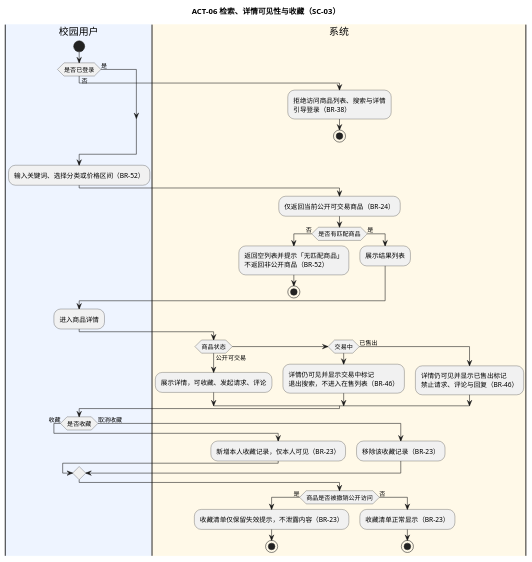
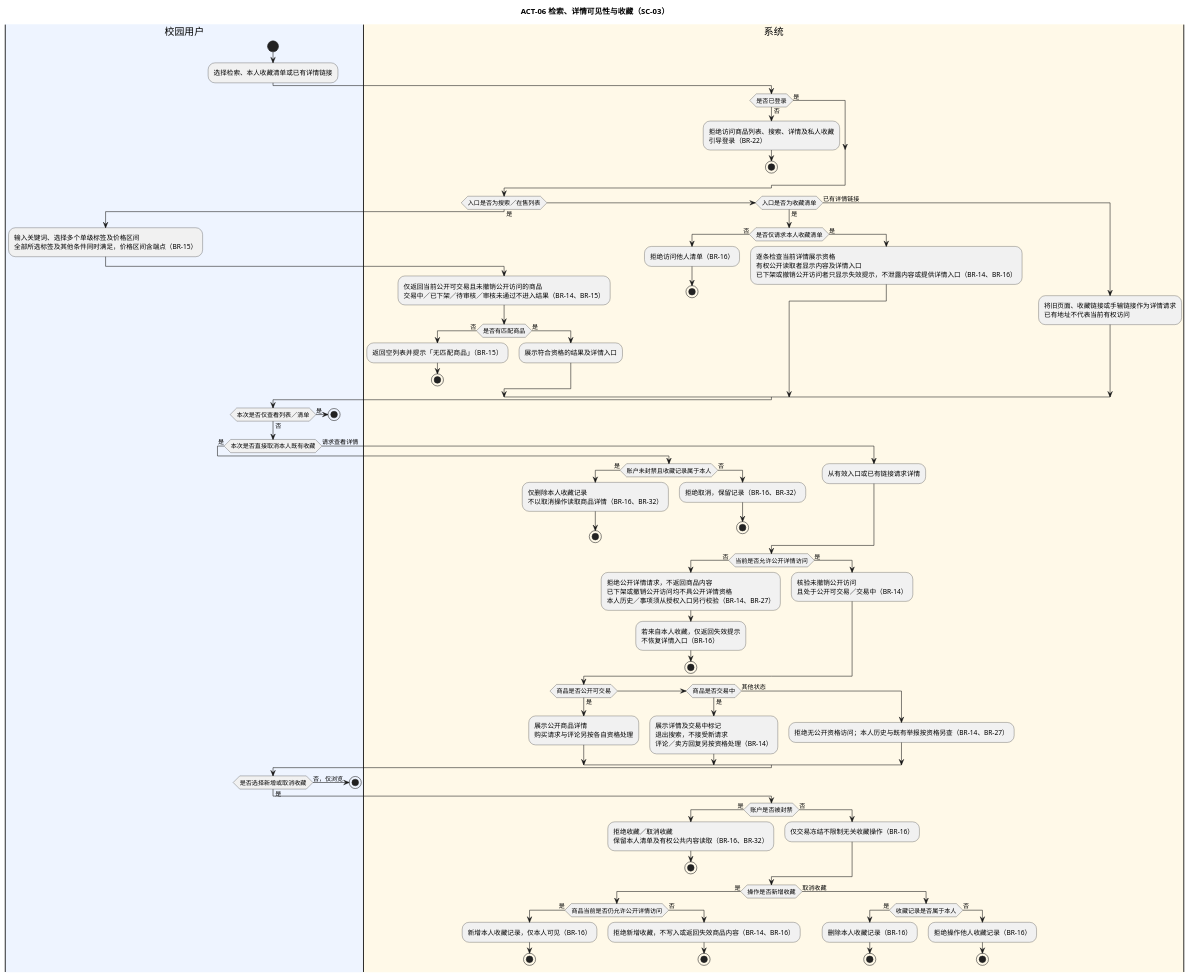
Before and after one commit to iy88/se-course-project-1: the diagram in docs/appendices/models/ACT-06-检索详情与收藏.puml, drawn with PlantUML. The commit also changed other lines of this file and 49 other files, not shown here.

First line of the commit message:
docs(models): 对齐业务活动图

```diff
--- a/docs/appendices/models/ACT-06-检索详情与收藏.puml
+++ b/docs/appendices/models/ACT-06-检索详情与收藏.puml
@@ -12,56 +12,106 @@
 @startuml ACT-06
+
+skinparam defaultFontName "PingFang SC"
 
 title ACT-06 检索、详情可见性与收藏（SC-03）
 
 |#EEF4FF|校园用户|
 start
+:选择检索、本人收藏清单或已有详情链接;
+
+|#FFF9E8|系统|
 if (是否已登录) then (否)
-  |#FFF9E8|系统|
-  :拒绝访问商品列表、搜索与详情\n引导登录（BR-38）;
+  :拒绝访问商品列表、搜索、详情及私人收藏\n引导登录（BR-22）;
   stop
 else (是)
 endif
 
-|#EEF4FF|校园用户|
-:输入关键词、选择分类或价格区间（BR-52）;
-
-|#FFF9E8|系统|
-:仅返回当前公开可交易商品（BR-24）;
-if (是否有匹配商品) then (否)
-  :返回空列表并提示「无匹配商品」\n不返回非公开商品（BR-52）;
-  stop
-else (是)
-  :展示结果列表;
+if (入口是否为搜索／在售列表) then (是)
+  |#EEF4FF|校园用户|
+  :输入关键词、选择多个单级标签及价格区间\n全部所选标签及其他条件同时满足，价格区间含端点（BR-15）;
+  |#FFF9E8|系统|
+  :仅返回当前公开可交易且未撤销公开访问的商品\n交易中／已下架／待审核／审核未通过不进入结果（BR-14、BR-15）;
+  if (是否有匹配商品) then (否)
+    :返回空列表并提示「无匹配商品」（BR-15）;
+    stop
+  else (是)
+    :展示符合资格的结果及详情入口;
+  endif
+elseif (入口是否为收藏清单) then (是)
+  if (是否仅请求本人收藏清单) then (否)
+    :拒绝访问他人清单（BR-16）;
+    stop
+  else (是)
+    :逐条检查当前详情展示资格\n有权公开读取者显示内容及详情入口\n已下架或撤销公开访问者只显示失效提示，不泄露内容或提供详情入口（BR-14、BR-16）;
+  endif
+else (已有详情链接)
+  :将旧页面、收藏链接或手输链接作为详情请求\n已有地址不代表当前有权访问;
 endif
 
 |#EEF4FF|校园用户|
-:进入商品详情;
+if (本次是否仅查看列表／清单) then (是)
+  stop
+else (否)
+endif
+
+if (本次是否直接取消本人既有收藏) then (是)
+  |#FFF9E8|系统|
+  if (账户未封禁且收藏记录属于本人) then (是)
+    :仅删除本人收藏记录\n不以取消操作读取商品详情（BR-16、BR-32）;
+    stop
+  else (否)
+    :拒绝取消，保留记录（BR-16、BR-32）;
+    stop
+  endif
+else (请求查看详情)
+  :从有效入口或已有链接请求详情;
+endif
 
 |#FFF9E8|系统|
-if (商品状态) then (公开可交易)
-  :展示详情，可收藏、发起请求、评论;
-elseif (交易中)
-  :详情仍可见并显示交易中标记\n退出搜索，不进入在售列表（BR-46）;
-else (已售出)
-  :详情仍可见并显示已售出标记\n禁止请求、评论与回复（BR-46）;
+if (当前是否允许公开详情访问) then (否)
+  :拒绝公开详情请求，不返回商品内容\n已下架或撤销公开访问均不具公开详情资格\n本人历史／事项须从授权入口另行校验（BR-14、BR-27）;
+  :若来自本人收藏，仅返回失效提示\n不恢复详情入口（BR-16）;
+  stop
+else (是)
+  :核验未撤销公开访问\n且处于公开可交易／交易中（BR-14）;
+endif
+
+if (商品是否公开可交易) then (是)
+  :展示公开商品详情\n购买请求与评论另按各自资格处理;
+elseif (商品是否交易中) then (是)
+  :展示详情及交易中标记\n退出搜索，不接受新请求\n评论／卖方回复另按资格处理（BR-14）;
+else (其他状态)
+  :拒绝无公开资格访问；本人历史与既有举报按资格另查（BR-14、BR-27）;
 endif
 
 |#EEF4FF|校园用户|
-if (是否收藏) then (收藏)
+if (是否选择新增或取消收藏) then (否，仅浏览)
+  stop
+else (是)
   |#FFF9E8|系统|
-  :新增本人收藏记录，仅本人可见（BR-23）;
-else (取消收藏)
-  |#FFF9E8|系统|
-  :移除该收藏记录（BR-23）;
-endif
-
-|#FFF9E8|系统|
-if (商品是否被撤销公开访问) then (是)
-  :收藏清单仅保留失效提示，不泄露内容（BR-23）;
-  stop
-else (否)
-  :收藏清单正常显示（BR-23）;
-  stop
+  if (账户是否被封禁) then (是)
+    :拒绝收藏／取消收藏\n保留本人清单及有权公共内容读取（BR-16、BR-32）;
+    stop
+  else (否)
+    :仅交易冻结不限制无关收藏操作（BR-16）;
+  endif
+  if (操作是否新增收藏) then (是)
+    if (商品当前是否仍允许公开详情访问) then (是)
+      :新增本人收藏记录，仅本人可见（BR-16）;
+      stop
+    else (否)
+      :拒绝新增收藏，不写入或返回失效商品内容（BR-14、BR-16）;
+      stop
+    endif
+  else (取消收藏)
+    if (收藏记录是否属于本人) then (是)
+      :删除本人收藏记录（BR-16）;
+      stop
+    else (否)
+      :拒绝操作他人收藏记录（BR-16）;
+      stop
+    endif
+  endif
 endif
 
 @enduml
```
